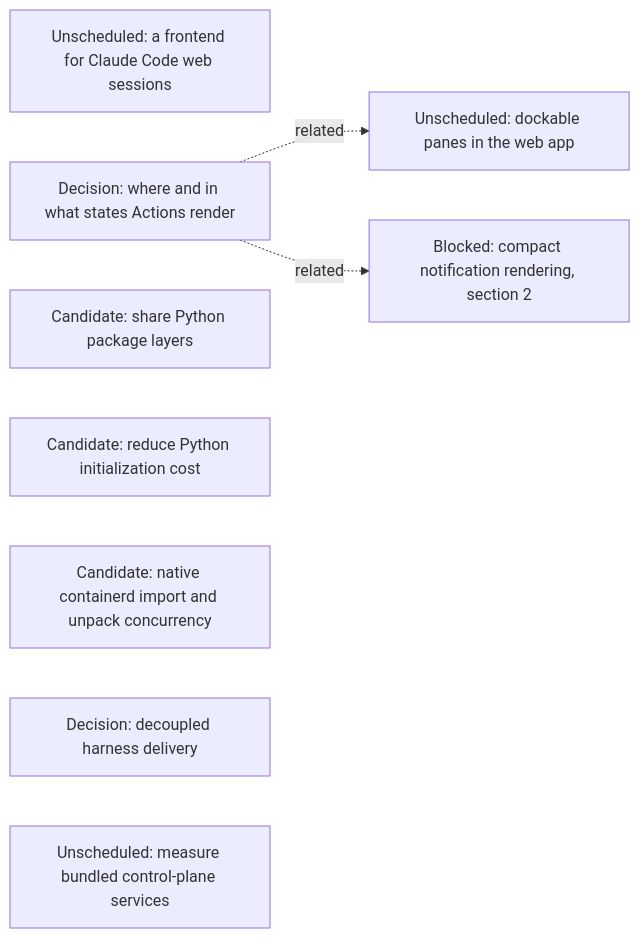
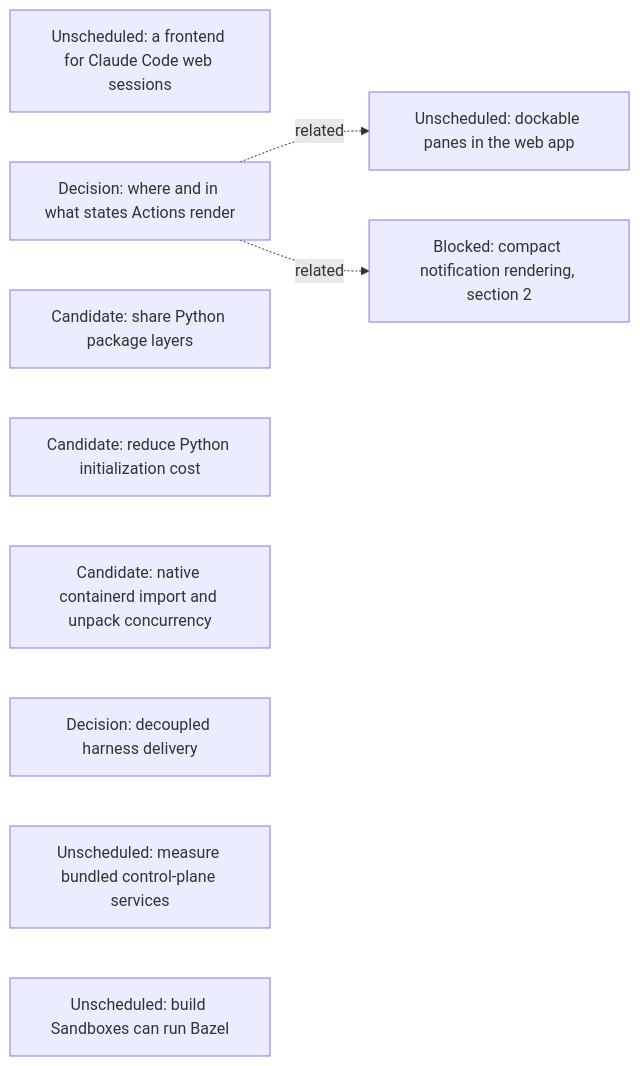
Before and after one commit to agentydragon-agent/ducktape: the seventh of 16 diagrams in agentplane/plans/task_dag.md, drawn with Mermaid. The commit also changed other lines of this file and 18 other files, not shown here.

````diff
--- a/agentplane/plans/task_dag.md
+++ b/agentplane/plans/task_dag.md
@@ -626,14 +658,15 @@
 ```mermaid
 flowchart LR
     CLAUDE_CODE_WEB_BRIDGE[Unscheduled: a frontend for Claude Code web sessions]
     ACTION_SURFACES_DESIGN[Decision: where and in what states Actions render]
     K3S_SHARED_PACKAGE_LAYERS[Candidate: share Python package layers]
     K3S_PYTHON_INITIALIZATION[Candidate: reduce Python initialization cost]
     K3S_IMPORT_CONCURRENCY[Candidate: native containerd import and unpack concurrency]
     RUNNER_HARNESS_DELIVERY_DESIGN[Decision: decoupled harness delivery]
     K3S_BUNDLED_SERVICES_SPIKE[Unscheduled: measure bundled control-plane services]
     DOCKABLE_PANES[Unscheduled: dockable panes in the web app]
     ACTION_SURFACES_DESIGN -. related .-> DOCKABLE_PANES
     NOTIFICATION_PRESENTATION[Blocked: compact notification rendering, section 2]
     ACTION_SURFACES_DESIGN -. related .-> NOTIFICATION_PRESENTATION
+    BUILD_BOX_BAZEL[Unscheduled: build Sandboxes can run Bazel]
 ```
````
